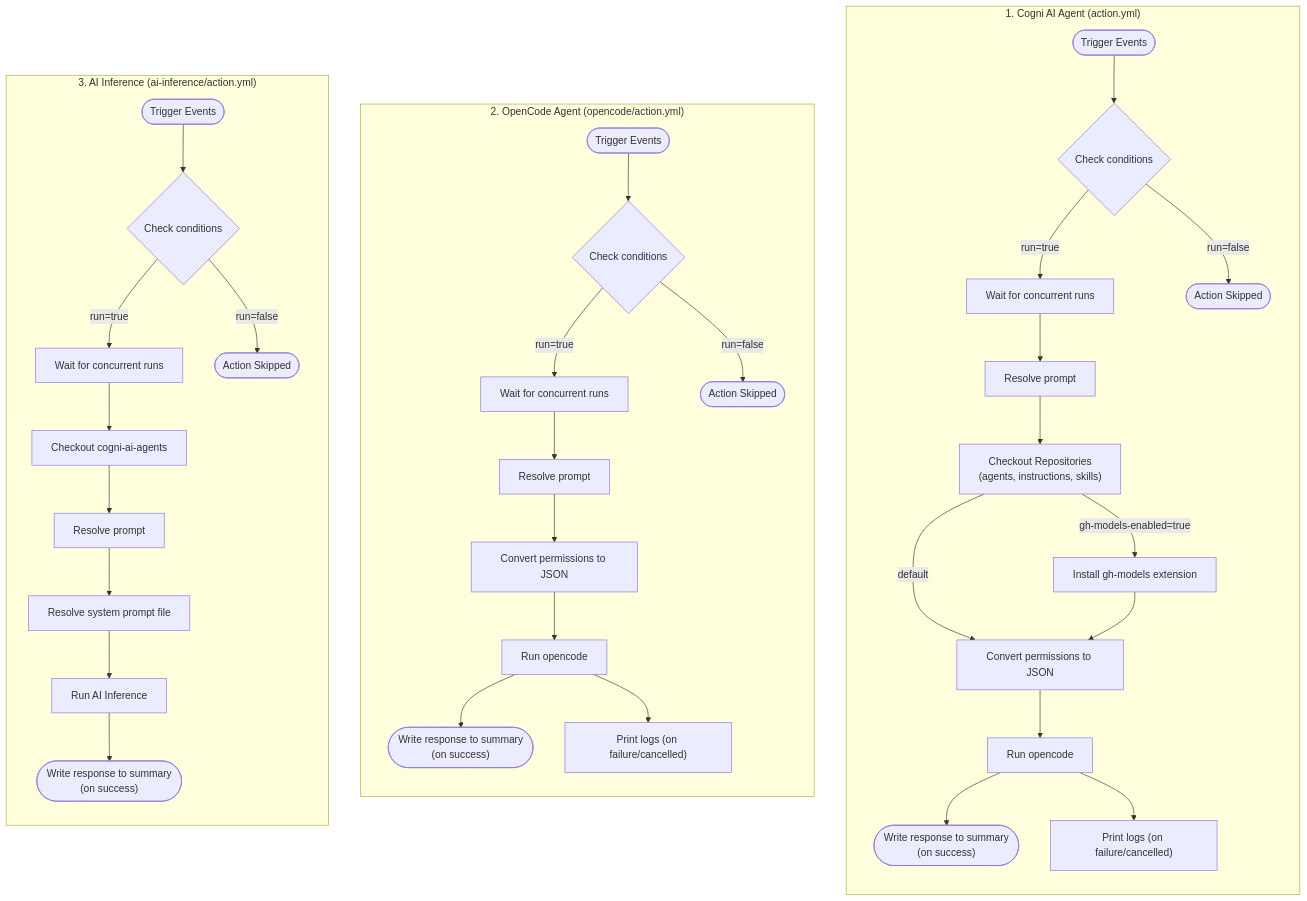
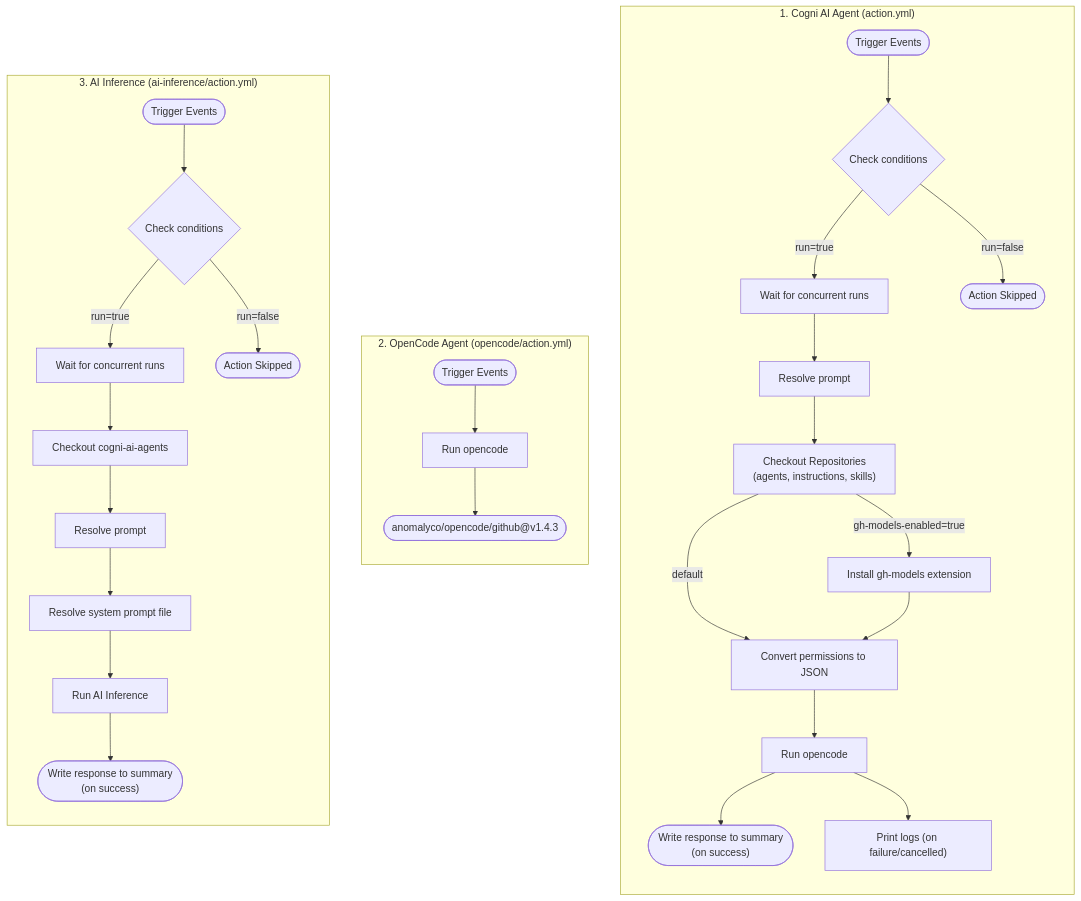
The diagram in FLOWS.mmd (Cogni-AI-OU/cogni-ai-agent-action), drawn with Mermaid before and after one commit. The commit also changed 2 other files, not shown here.

```diff
--- a/FLOWS.mmd
+++ b/FLOWS.mmd
@@ -1,55 +1,47 @@
 flowchart TD
     %% --------------------------------------------------------
     %% 1. Cogni AI Agent (action.yml)
     %% --------------------------------------------------------
     subgraph Flow_Cogni_AI_Agent ["1. Cogni AI Agent (action.yml)"]
         direction TB
         A1([Trigger Events]) --> A2{Check conditions}
         A2 -- "run=true" --> A3["Wait for concurrent runs"]
         A2 -- "run=false" --> A_EndSkip([Action Skipped])
         
         A3 --> A4["Resolve prompt"]
         A4 --> A5["Checkout Repositories<br/>(agents, instructions, skills)"]
         
         A5 -- "gh-models-enabled=true" --> A6["Install gh-models extension"]
         A5 -- "default" --> A7["Convert permissions to JSON"]
         A6 --> A7
         
         A7 --> A8["Run opencode"]
         
         A8 --> A9(["Write response to summary<br/>(on success)"])
         A8 --> A10["Print logs (on failure/cancelled)"]
     end
 
     %% --------------------------------------------------------
     %% 2. OpenCode Agent (opencode/action.yml)
     %% --------------------------------------------------------
     subgraph Flow_OpenCode_Agent ["2. OpenCode Agent (opencode/action.yml)"]
         direction TB
-        O1([Trigger Events]) --> O2{Check conditions}
-        O2 -- "run=true" --> O3["Wait for concurrent runs"]
-        O2 -- "run=false" --> O_EndSkip([Action Skipped])
-        
-        O3 --> O4["Resolve prompt"]
-        O4 --> O5["Convert permissions to JSON"]
-        O5 --> O6["Run opencode"]
-        
-        O6 --> O7(["Write response to summary<br/>(on success)"])
-        O6 --> O8["Print logs (on failure/cancelled)"]
+        O1([Trigger Events]) --> O2["Run opencode"]
+        O2 --> O3(["anomalyco/opencode/github@v1.4.3"])
     end
 
     %% --------------------------------------------------------
     %% 3. AI Inference (ai-inference/action.yml)
     %% --------------------------------------------------------
     subgraph Flow_AI_Inference ["3. AI Inference (ai-inference/action.yml)"]
         direction TB
         I1([Trigger Events]) --> I2{Check conditions}
         I2 -- "run=true" --> I3["Wait for concurrent runs"]
         I2 -- "run=false" --> I_EndSkip([Action Skipped])
         
         I3 --> I4["Checkout cogni-ai-agents"]
         I4 --> I5["Resolve prompt"]
         I5 --> I6["Resolve system prompt file"]
         I6 --> I7["Run AI Inference"]
         I7 --> I8(["Write response to summary<br/>(on success)"])
     end
```
